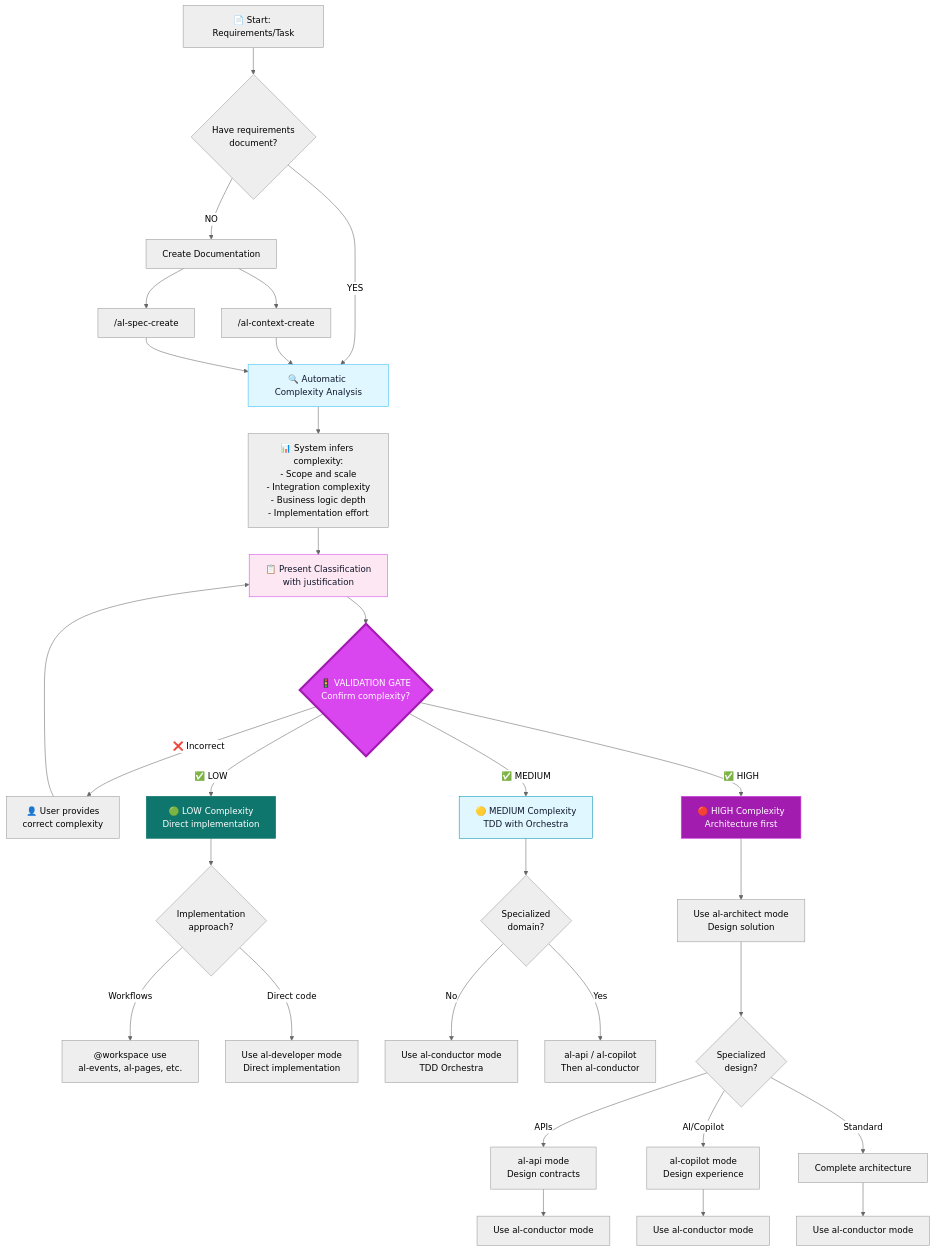
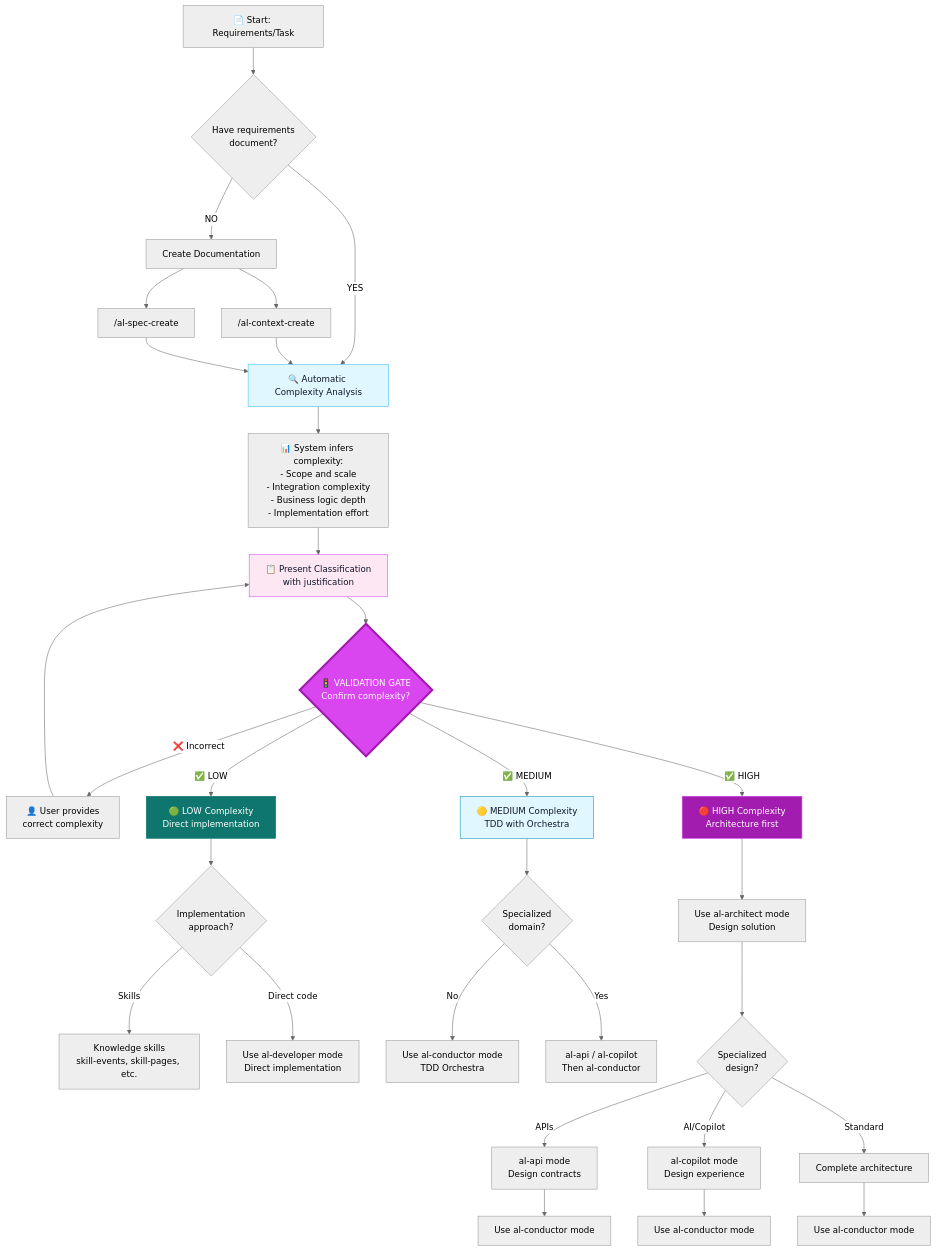
Before and after one commit to javiarmesto/ALDC-AL-Development-Collection: the first of 4 diagrams in docs/workflows/complete-development-flow.md, drawn with Mermaid (neutral theme). The commit also changed other lines of this file and 29 other files, not shown here.

````diff
--- a/docs/workflows/complete-development-flow.md
+++ b/docs/workflows/complete-development-flow.md
@@ -15,49 +15,49 @@
 ```mermaid
 graph TD
     A[📄 Start: Requirements/Task] --> B{Have requirements<br/>document?}
     B -->|NO| CreateDoc[Create Documentation]
     CreateDoc --> Doc1["/al-context-create"]
     CreateDoc --> Doc2["/al-spec-create"]
     
     B -->|YES| Analyze[🔍 Automatic Complexity Analysis]
     Doc1 --> Analyze
     Doc2 --> Analyze
     
     Analyze --> Infer["📊 System infers complexity:<br/>- Scope and scale<br/>- Integration complexity<br/>- Business logic depth<br/>- Implementation effort"]
     
     Infer --> Present["📋 Present Classification<br/>with justification"]
     
     Present --> Gate{"🚦 VALIDATION GATE<br/>Confirm complexity?"}
     
     Gate -->|"❌ Incorrect"| UserCorrect["👤 User provides<br/>correct complexity"]
     UserCorrect --> Present
     
     Gate -->|"✅ LOW"| Low["🟢 LOW Complexity<br/>Direct implementation"]
     Gate -->|"✅ MEDIUM"| Med["🟡 MEDIUM Complexity<br/>TDD with Orchestra"]
     Gate -->|"✅ HIGH"| High["🔴 HIGH Complexity<br/>Architecture first"]
     
     Low --> LowOpt{Implementation<br/>approach?}
-    LowOpt -->|Workflows| LowWork["@workspace use<br/>al-events, al-pages, etc."]
+    LowOpt -->|Skills| LowWork["Knowledge skills<br/>skill-events, skill-pages, etc."]
     LowOpt -->|Direct code| LowDev["Use al-developer mode<br/>Direct implementation"]
     
     Med --> MedSpec{Specialized<br/>domain?}
     MedSpec -->|No| MedCond["Use al-conductor mode<br/>TDD Orchestra"]
     MedSpec -->|Yes| MedSpecAgent["al-api / al-copilot<br/>Then al-conductor"]
     
     High --> HighArch["Use al-architect mode<br/>Design solution"]
     HighArch --> HighSpec{Specialized<br/>design?}
     HighSpec -->|APIs| HighAPI["al-api mode<br/>Design contracts"]
     HighSpec -->|AI/Copilot| HighCopilot["al-copilot mode<br/>Design experience"]
     HighSpec -->|Standard| HighStd["Complete architecture"]
     
     HighAPI --> HighCond1["Use al-conductor mode"]
     HighCopilot --> HighCond2["Use al-conductor mode"]
     HighStd --> HighCond3["Use al-conductor mode"]
     
     style Gate fill:#D946EF,stroke:#A21CAF,stroke-width:4px,color:#fff
     style Low fill:#0F766E,stroke:#0F766E,color:#fff
     style Med fill:#E0F7FF,stroke:#0891B2,color:#0F172A
     style High fill:#A21CAF,stroke:#D946EF,color:#fff
     style Analyze fill:#E0F7FF,stroke:#38BDF8,color:#0F172A
     style Present fill:#FCE7F3,stroke:#D946EF,color:#0F172A
 ```
````
